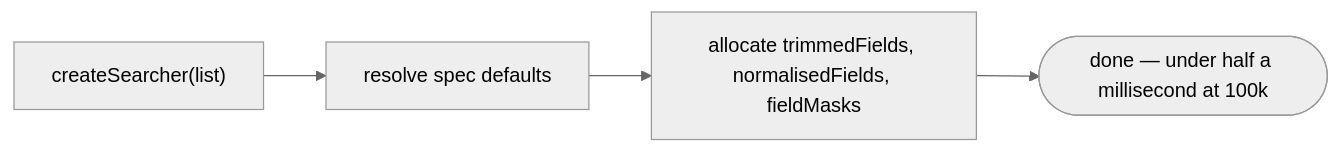
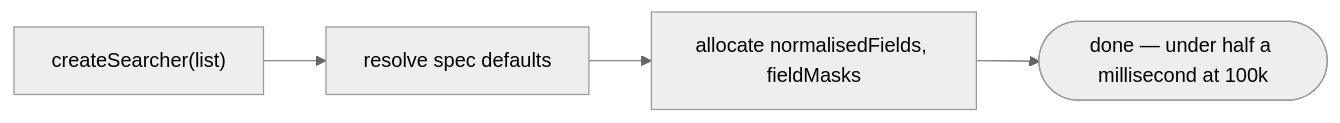
Before and after one commit to MMMikeM/ekrina: the first of 2 diagrams in docs/pipeline.md, drawn with Mermaid (neutral theme). The commit also changed other lines of this file and 22 other files, not shown here.

````diff
--- a/docs/pipeline.md
+++ b/docs/pipeline.md
@@ -10,6 +10,6 @@
 ```mermaid
 flowchart LR
     L["createSearcher(list)"] --> S["resolve spec defaults"]
-    S --> B["allocate trimmedFields, normalisedFields, fieldMasks"]
+    S --> B["allocate normalisedFields, fieldMasks"]
     B --> D(["done — under half a millisecond at 100k"])
 ```
````
